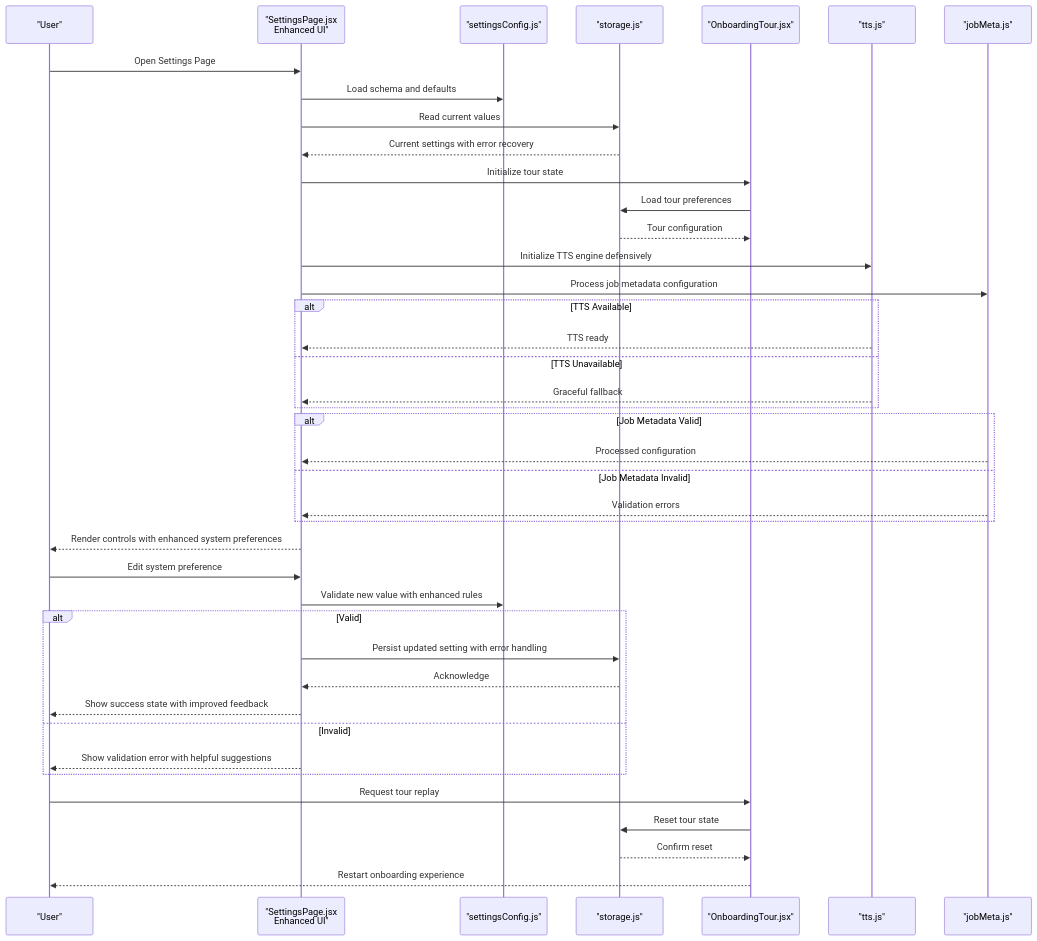
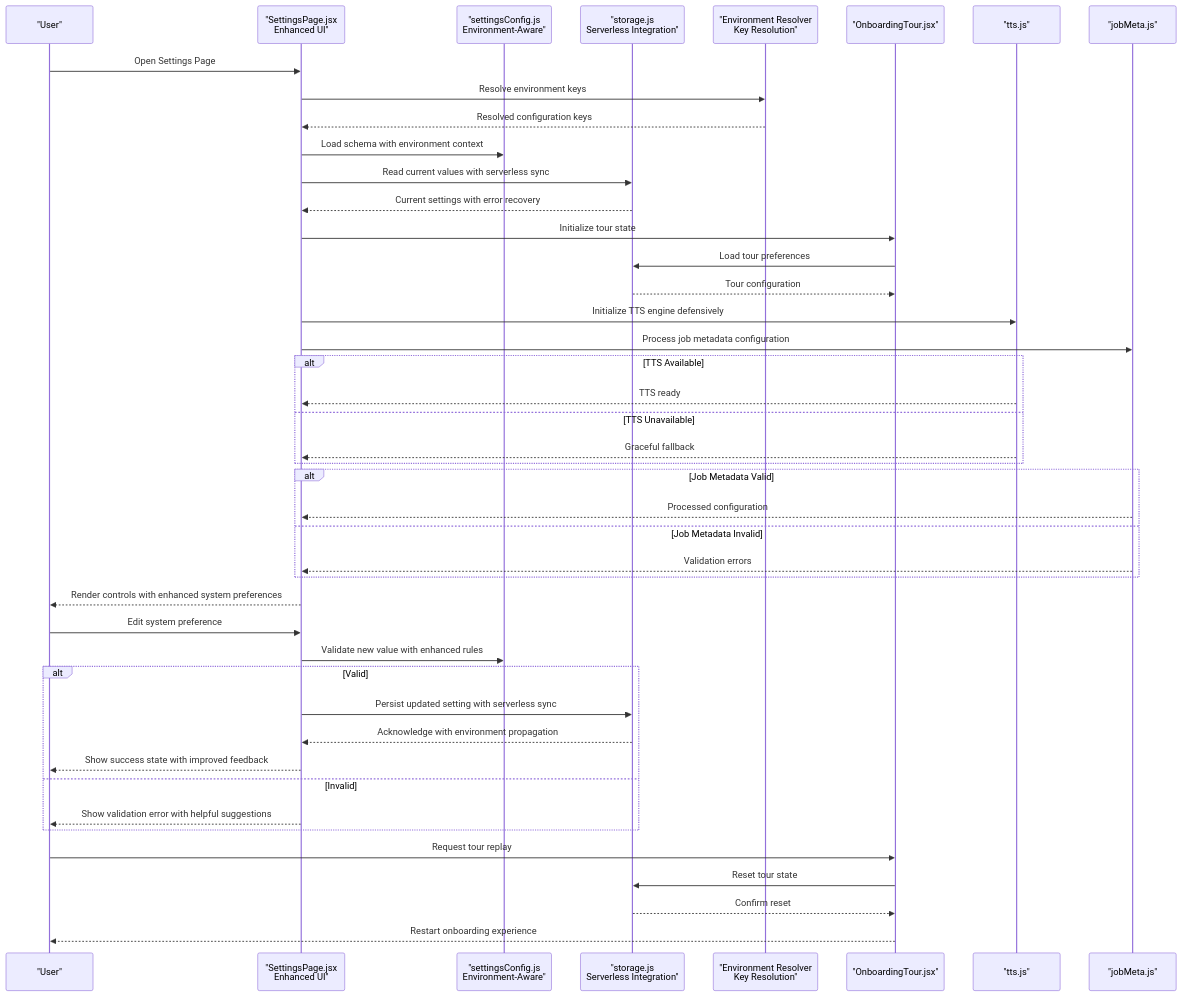
One commit to zmyeo54/briefroom changed the second of 7 diagrams in .qoder/repowiki/en/content/Utility Libraries/Settings Configuration.md. Above: the diagram before and after it, drawn with Mermaid. The commit also changed other lines of this file and 56 other files, not shown here.

````diff
--- a/.qoder/repowiki/en/content/Utility Libraries/Settings Configuration.md
+++ b/.qoder/repowiki/en/content/Utility Libraries/Settings Configuration.md
@@ -120,43 +131,46 @@
 ```mermaid
 sequenceDiagram
 participant User as "User"
 participant UI as "SettingsPage.jsx<br/>Enhanced UI"
-participant Schema as "settingsConfig.js"
-participant Store as "storage.js"
+participant Schema as "settingsConfig.js<br/>Environment-Aware"
+participant Store as "storage.js<br/>Serverless Integration"
+participant Env as "Environment Resolver<br/>Key Resolution"
 participant Tour as "OnboardingTour.jsx"
 participant TTS as "tts.js"
 participant JobMeta as "jobMeta.js"
 User->>UI : Open Settings Page
-UI->>Schema : Load schema and defaults
-UI->>Store : Read current values
+UI->>Env : Resolve environment keys
+Env-->>UI : Resolved configuration keys
+UI->>Schema : Load schema with environment context
+UI->>Store : Read current values with serverless sync
 Store-->>UI : Current settings with error recovery
 UI->>Tour : Initialize tour state
 Tour->>Store : Load tour preferences
 Store-->>Tour : Tour configuration
 UI->>TTS : Initialize TTS engine defensively
 UI->>JobMeta : Process job metadata configuration
 alt TTS Available
 TTS-->>UI : TTS ready
 else TTS Unavailable
 TTS-->>UI : Graceful fallback
 end
 alt Job Metadata Valid
 JobMeta-->>UI : Processed configuration
 else Job Metadata Invalid
 JobMeta-->>UI : Validation errors
 end
 UI-->>User : Render controls with enhanced system preferences
 User->>UI : Edit system preference
 UI->>Schema : Validate new value with enhanced rules
 alt Valid
-UI->>Store : Persist updated setting with error handling
-Store-->>UI : Acknowledge
+UI->>Store : Persist updated setting with serverless sync
+Store-->>UI : Acknowledge with environment propagation
 UI-->>User : Show success state with improved feedback
 else Invalid
 UI-->>User : Show validation error with helpful suggestions
 end
 User->>Tour : Request tour replay
 Tour->>Store : Reset tour state
 Store-->>Tour : Confirm reset
 Tour-->>User : Restart onboarding experience
 ```
````
